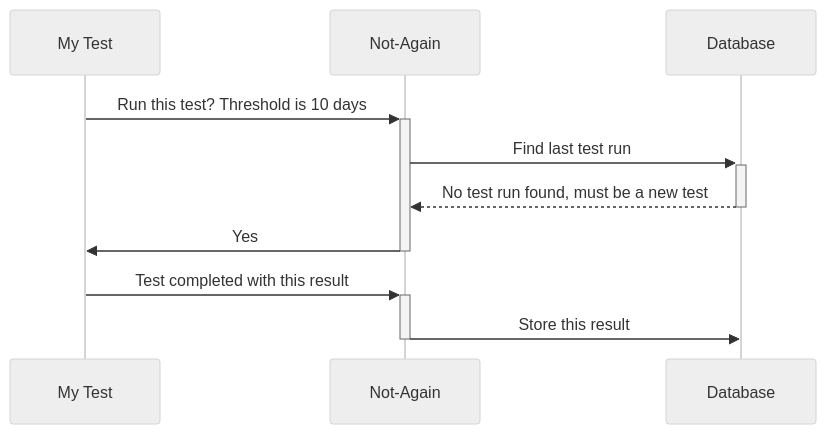
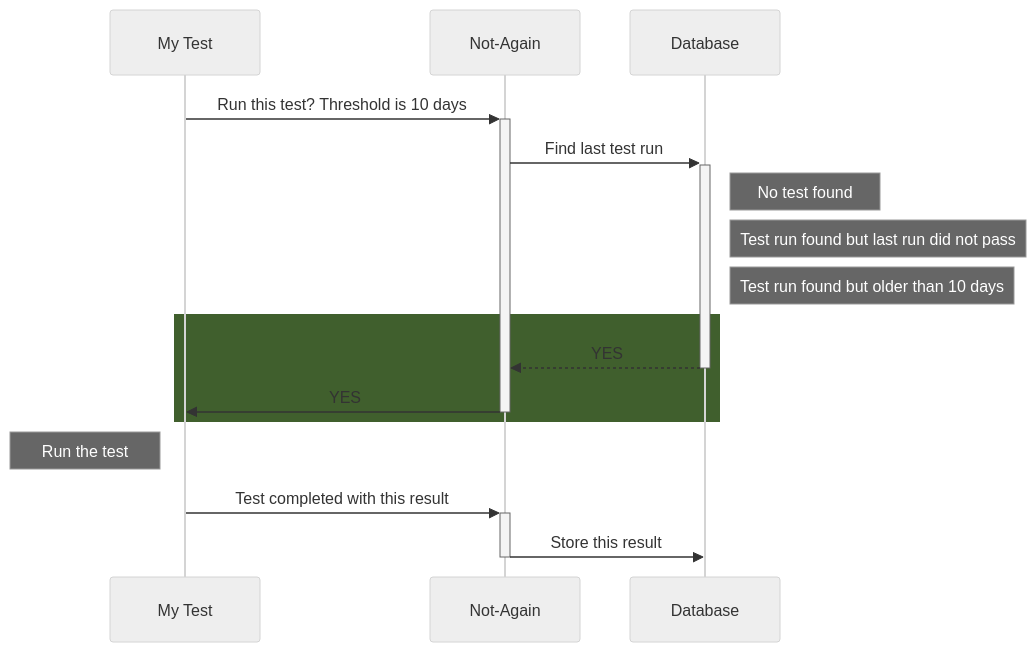
Before and after one commit to gman-au/not-again: the first of 2 diagrams in README.md, drawn with Mermaid (neutral theme). The commit also changed other lines of this file, not shown here.

````diff
--- a/README.md
+++ b/README.md
@@ -32,9 +32,15 @@
 ```mermaid
 sequenceDiagram
     My Test->>+Not-Again: Run this test? Threshold is 10 days
-    Not-Again->>+Database: Find last test run
-    Database-->>-Not-Again: No test run found, must be a new test
-    Not-Again->>-My Test: Yes
+    Not-Again->>+Database: Find last test run    
+    Note right of Database: No test found
+    Note right of Database: Test run found but last run did not pass
+    Note right of Database: Test run found but older than 10 days
+    rect rgb(64, 95, 45)
+    Database-->>-Not-Again: YES
+    Not-Again->>-My Test: YES
+    end
+    Note left of My Test: Run the test
     My Test->>+Not-Again: Test completed with this result
     Not-Again->>-Database: Store this result    
 ```
````
